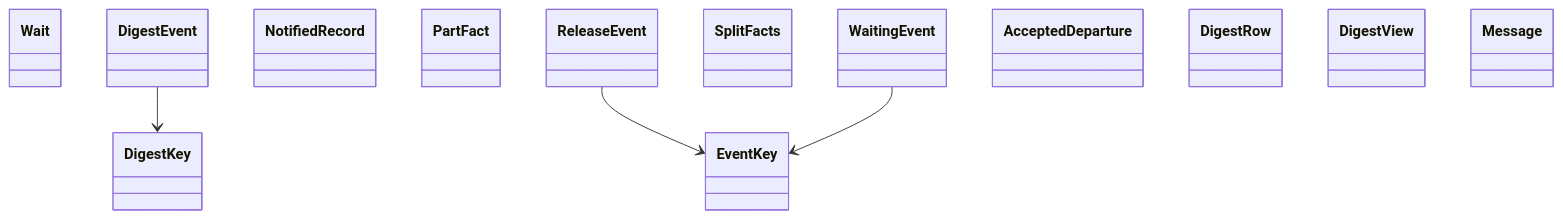
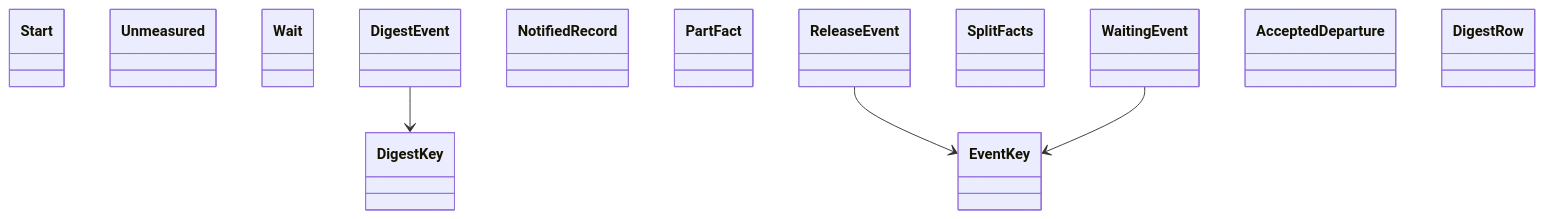
The diagram in docs/architecture/generated/classes-process-domain-machine-2.md (GonzaloZevallos/agentic-system), drawn with Mermaid before and after one commit. The commit also changed other lines of this file and 7 other files, not shown here.

Commit message:
Regenerate architecture docs for budget_round and GraphqlReading

````diff
--- a/docs/architecture/generated/classes-process-domain-machine-2.md
+++ b/docs/architecture/generated/classes-process-domain-machine-2.md
@@ -34,19 +34,19 @@
 ```mermaid
 classDiagram
+    class github_budget__Start["Start"]
+    class github_budget__Unmeasured["Unmeasured"]
     class github_budget__Wait["Wait"]
     class notify__DigestEvent["DigestEvent"]
     class notify__DigestKey["DigestKey"]
     class notify__EventKey["EventKey"]
     class notify__NotifiedRecord["NotifiedRecord"]
     class notify__PartFact["PartFact"]
     class notify__ReleaseEvent["ReleaseEvent"]
     class notify__SplitFacts["SplitFacts"]
     class notify__WaitingEvent["WaitingEvent"]
     class notify_message__AcceptedDeparture["AcceptedDeparture"]
     class notify_message__DigestRow["DigestRow"]
-    class notify_message__DigestView["DigestView"]
-    class notify_message__Message["Message"]
     notify__DigestEvent --> notify__DigestKey
     notify__ReleaseEvent --> notify__EventKey
     notify__WaitingEvent --> notify__EventKey
 ```
````
